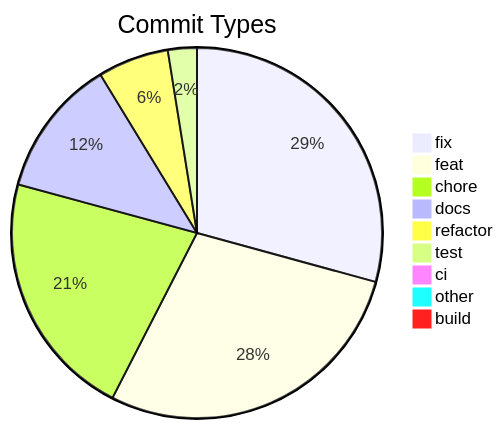
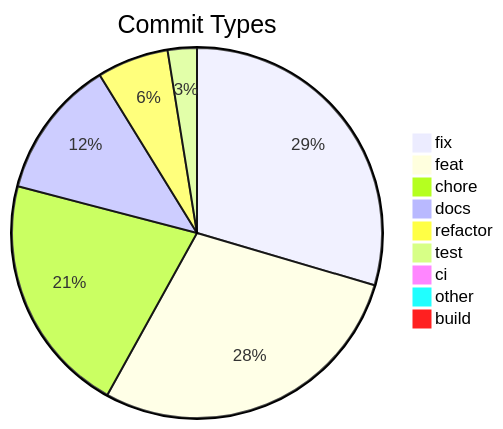
One commit to svenroth-ai/shipwright changed the diagram in .shipwright/compliance/change-history.md. Above: the diagram before and after it, drawn with Mermaid. The commit also changed other lines of this file and 11 other files, not shown here.

````diff
--- a/.shipwright/compliance/change-history.md
+++ b/.shipwright/compliance/change-history.md
@@ -10,12 +10,12 @@
 ```mermaid
 pie title Commit Types
-    "fix" : 359
+    "fix" : 360
     "feat" : 347
-    "chore" : 266
+    "chore" : 256
     "docs" : 148
     "refactor" : 76
     "test" : 31
     "ci" : 11
     "other" : 9
     "build" : 1
 ```
````
